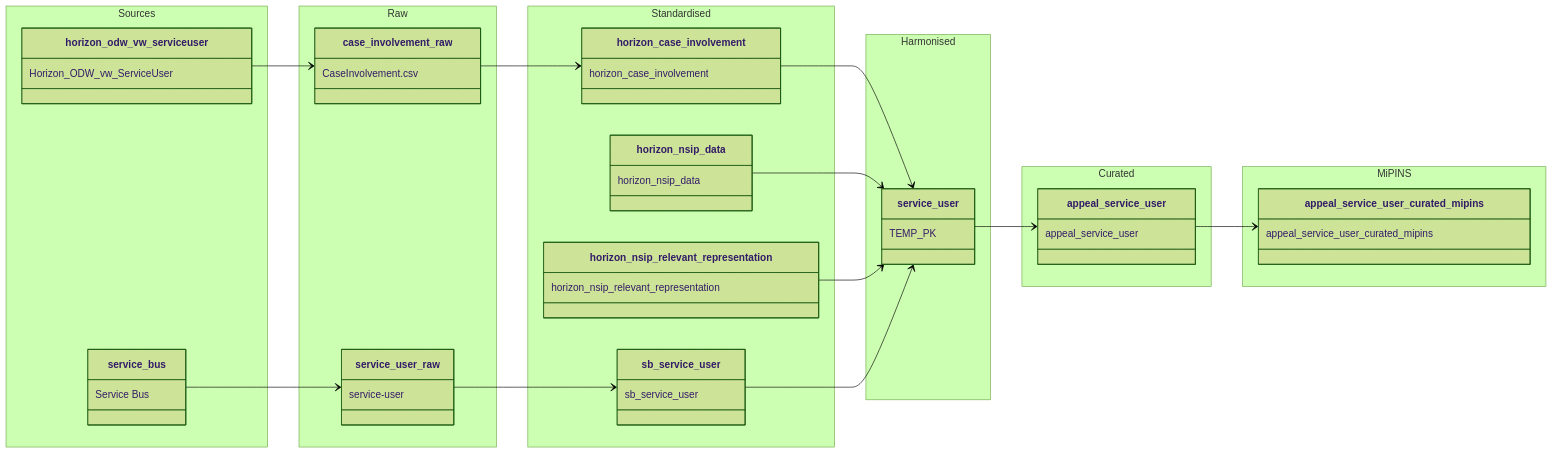
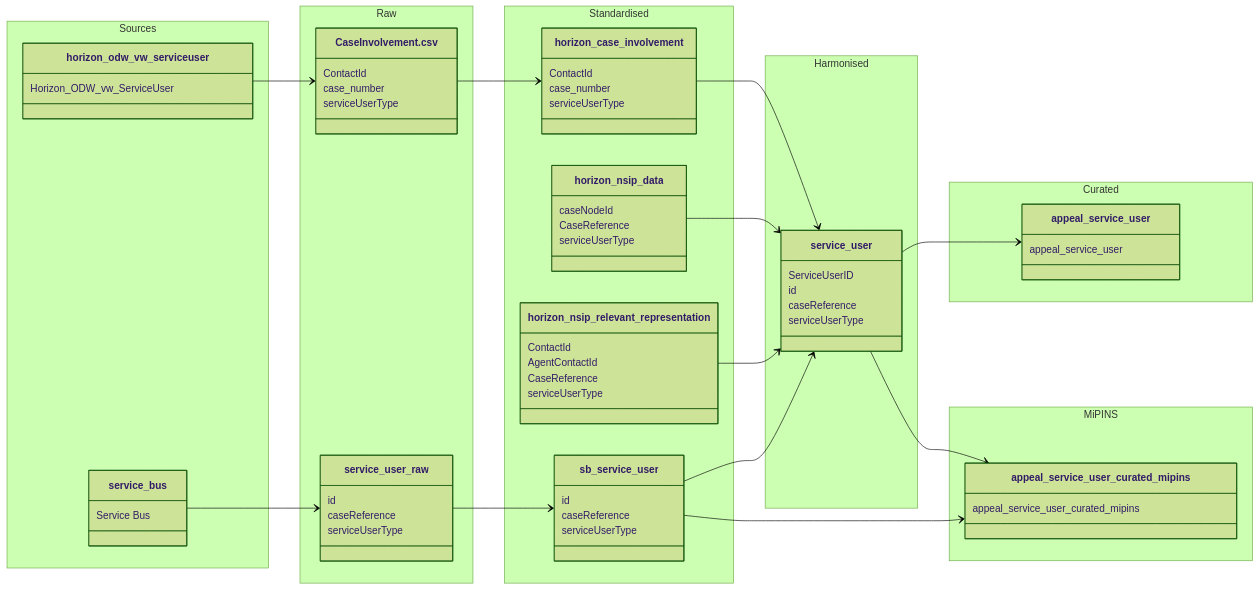
One commit to Planning-Inspectorate/odw-synapse-workspace changed the diagram in data-models/appeal-service-user.md. Above: the diagram before and after it, drawn with Mermaid (forest theme).

````diff
--- a/data-models/appeal-service-user.md
+++ b/data-models/appeal-service-user.md
@@ -22,38 +22,58 @@
 
     namespace Raw {
 
-        class case_involvement_raw {
-            CaseInvolvement.csv
+        class CaseInvolvement.csv {
+
+            ContactId
+            case_number
+            serviceUserType
         }
 
         class service_user_raw {
-            service-user
+            id
+            caseReference
+            serviceUserType
+
         }
     }
 
     namespace Standardised {
 
         class horizon_case_involvement {
-            horizon_case_involvement
+            ContactId
+            case_number
+            serviceUserType
+
         }
         
         class horizon_nsip_data {
-            horizon_nsip_data
+            caseNodeId
+            CaseReference
+            serviceUserType
         }
 
         class horizon_nsip_relevant_representation {
-            horizon_nsip_relevant_representation
+            ContactId
+            AgentContactId
+            CaseReference
+            serviceUserType
         }
         
         class sb_service_user {
-            sb_service_user
+            id
+            caseReference
+            serviceUserType
+
         }
     }
 
     namespace Harmonised {
 
         class service_user {
-            TEMP_PK
+            ServiceUserID
+            id
+            caseReference
+            serviceUserType
         }
     }
 
@@ -71,8 +91,8 @@
         }
     }
 
-    horizon_odw_vw_serviceuser --> case_involvement_raw
-    case_involvement_raw --> horizon_case_involvement
+    horizon_odw_vw_serviceuser --> CaseInvolvement.csv
+    CaseInvolvement.csv --> horizon_case_involvement
     service_bus --> service_user_raw
     service_user_raw --> sb_service_user
     horizon_case_involvement --> service_user
@@ -80,5 +100,7 @@
     horizon_nsip_relevant_representation --> service_user
     sb_service_user --> service_user
     service_user --> appeal_service_user
-    appeal_service_user --> appeal_service_user_curated_mipins
+    sb_service_user --> appeal_service_user_curated_mipins
+    service_user --> appeal_service_user_curated_mipins
+
 ```
````
